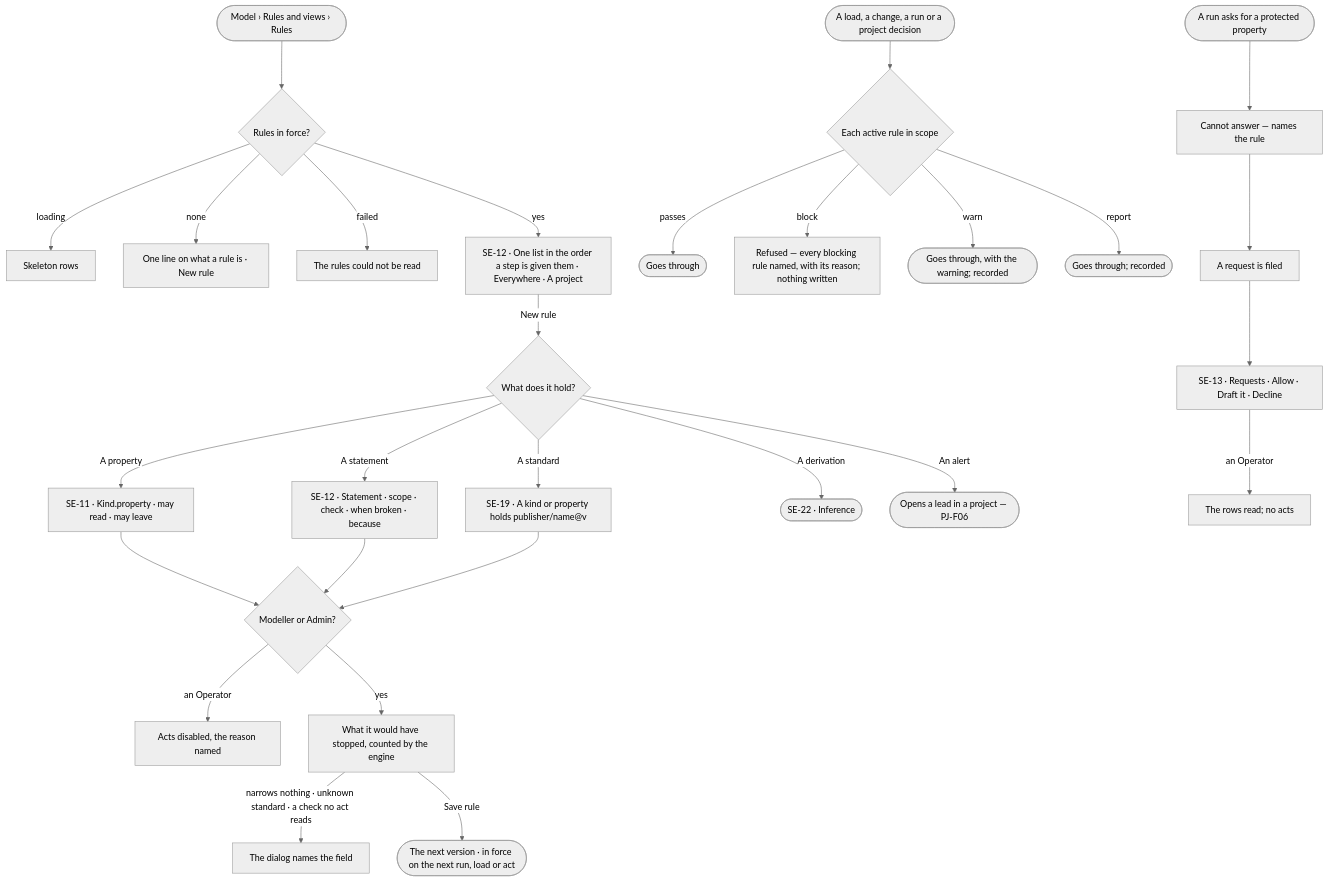
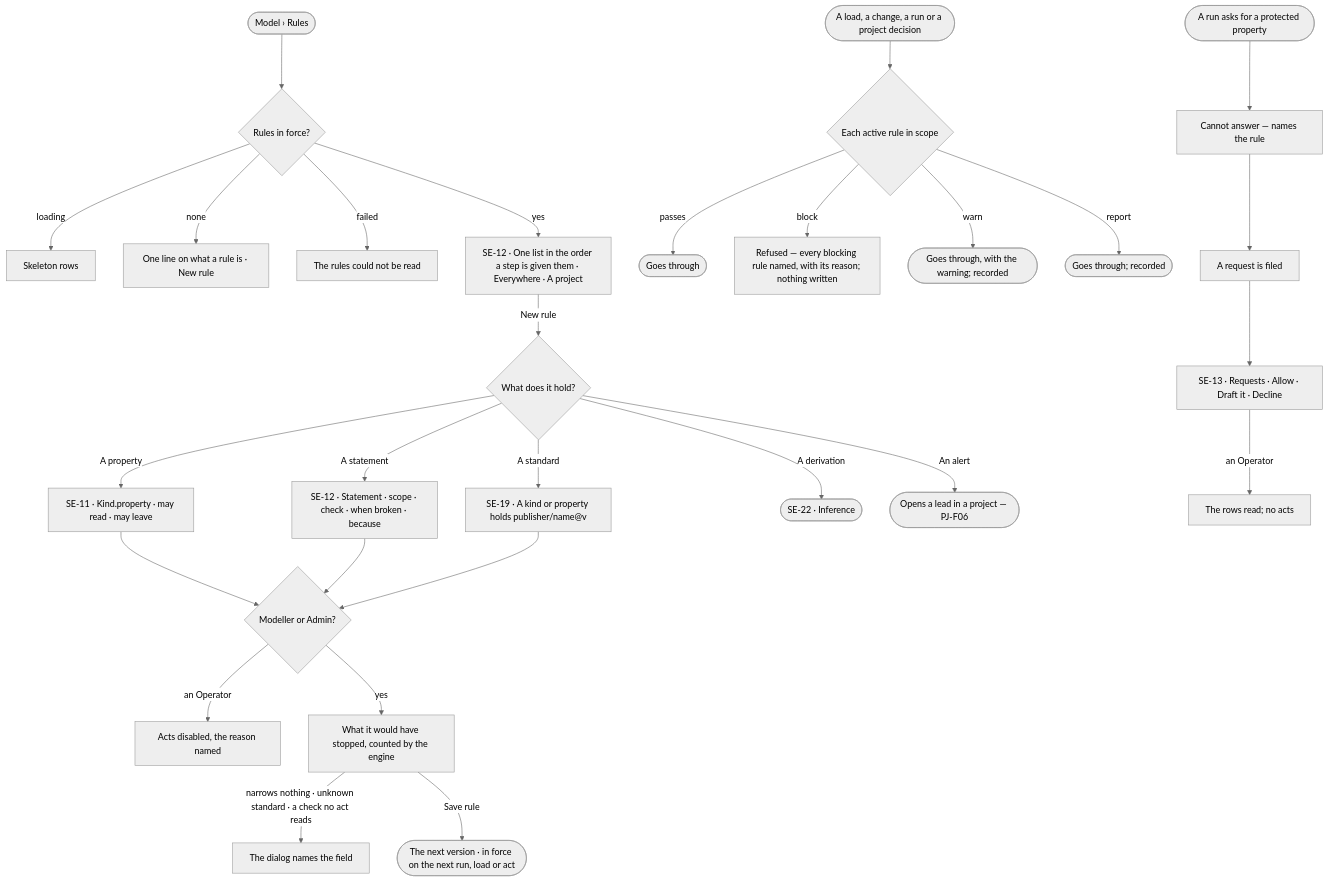
One commit to invana/invana changed the diagram in specs/capabilities/semantics/features/SE-F07-rules/feature.md. Above: the diagram before and after it, drawn with Mermaid (neutral theme). The commit also changed 54 other files, not shown here.

First line of the commit message:
docs(specs): many graph databases by access, links within one database, Model views restored

````diff
--- a/specs/capabilities/semantics/features/SE-F07-rules/feature.md
+++ b/specs/capabilities/semantics/features/SE-F07-rules/feature.md
@@ -24,29 +24,29 @@
 ```mermaid
 flowchart TD
-  start([Model › Rules and views › Rules]) --> l{Rules in force?}
+  start([Model › Rules]) --> l{Rules in force?}
   l -->|loading| sk["Skeleton rows"]
   l -->|none| e["One line on what a rule is · New rule"]
   l -->|failed| f["The rules could not be read"]
   l -->|yes| list["SE-12 · One list in the order a step is given them · Everywhere · A project"]
   list -->|New rule| kind{What does it hold?}
   kind -->|A property| prop["SE-11 · Kind.property · may read · may leave"]
   kind -->|A statement| dlg["SE-12 · Statement · scope · check · when broken · because"]
   kind -->|A standard| std["SE-19 · A kind or property holds publisher/name@v"]
   kind -->|A derivation| der(["SE-22 · Inference"])
   kind -->|An alert| al(["Opens a lead in a project — PJ-F06"])
   prop --> may{Modeller or Admin?}
   dlg --> may
   std --> may
   may -->|an Operator| na["Acts disabled, the reason named"]
   may -->|yes| imp["What it would have stopped, counted by the engine"]
   imp -->|narrows nothing · unknown standard · a check no act reads| bad["The dialog names the field"]
   imp -->|Save rule| saved(["The next version · in force on the next run, load or act"])
   act([A load, a change, a run or a project decision]) --> chk{Each active rule in scope}
   chk -->|passes| go(["Goes through"])
   chk -->|block| stop["Refused — every blocking rule named, with its reason; nothing written"]
   chk -->|warn| warn(["Goes through, with the warning; recorded"])
   chk -->|report| rep(["Goes through; recorded"])
   run([A run asks for a protected property]) --> ca["Cannot answer — names the rule"] --> file["A request is filed"]
   file --> q["SE-13 · Requests · Allow · Draft it · Decline"]
   q -->|an Operator| qr["The rows read; no acts"]
 ```
````
